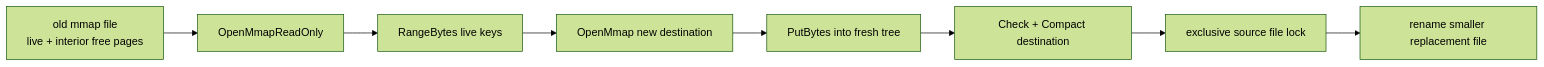
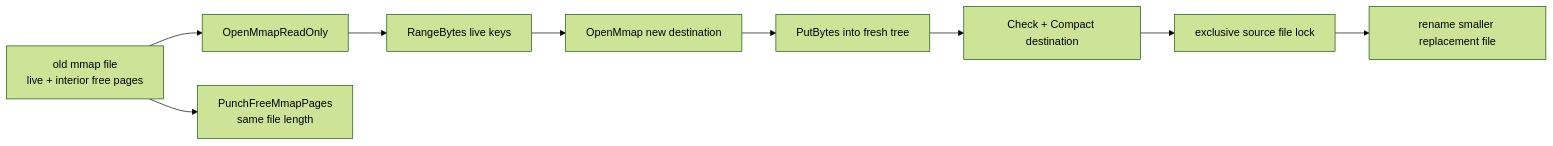
Before and after one commit to hadamrd/cow-btree-course: diagram 14 of 18 in docs/00-storage-engine-course.md, drawn with Mermaid (forest theme). The commit also changed other lines of this file and 12 other files, not shown here.

Commit message:
feat: punch sparse holes for free mmap pages

````diff
--- a/docs/00-storage-engine-course.md
+++ b/docs/00-storage-engine-course.md
@@ -531,10 +537,11 @@
 ```mermaid
 flowchart LR
     A["old mmap file<br/>live + interior free pages"] --> R["OpenMmapReadOnly"]
     R --> S["RangeBytes live keys"]
     S --> W["OpenMmap new destination"]
     W --> C["PutBytes into fresh tree"]
     C --> K["Check + Compact destination"]
     K --> X["exclusive source file lock"]
     X --> N["rename smaller replacement file"]
+    A --> P["PunchFreeMmapPages<br/>same file length"]
 ```
````
